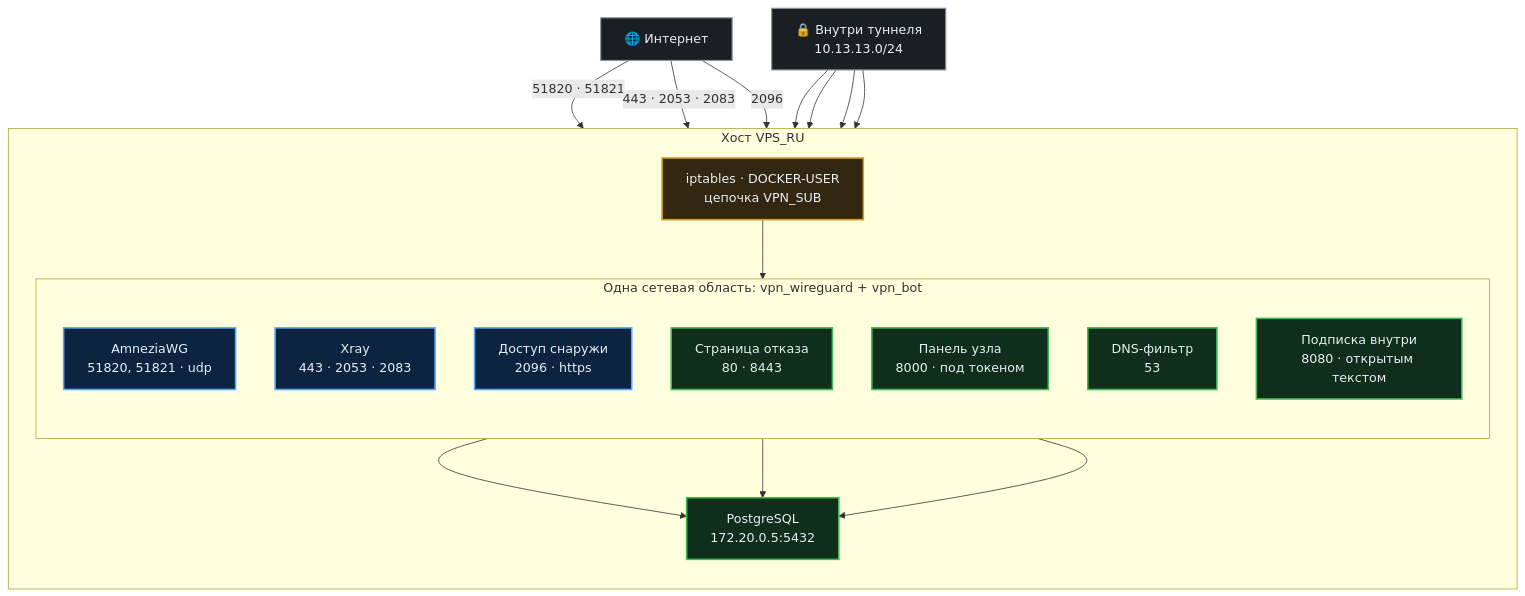
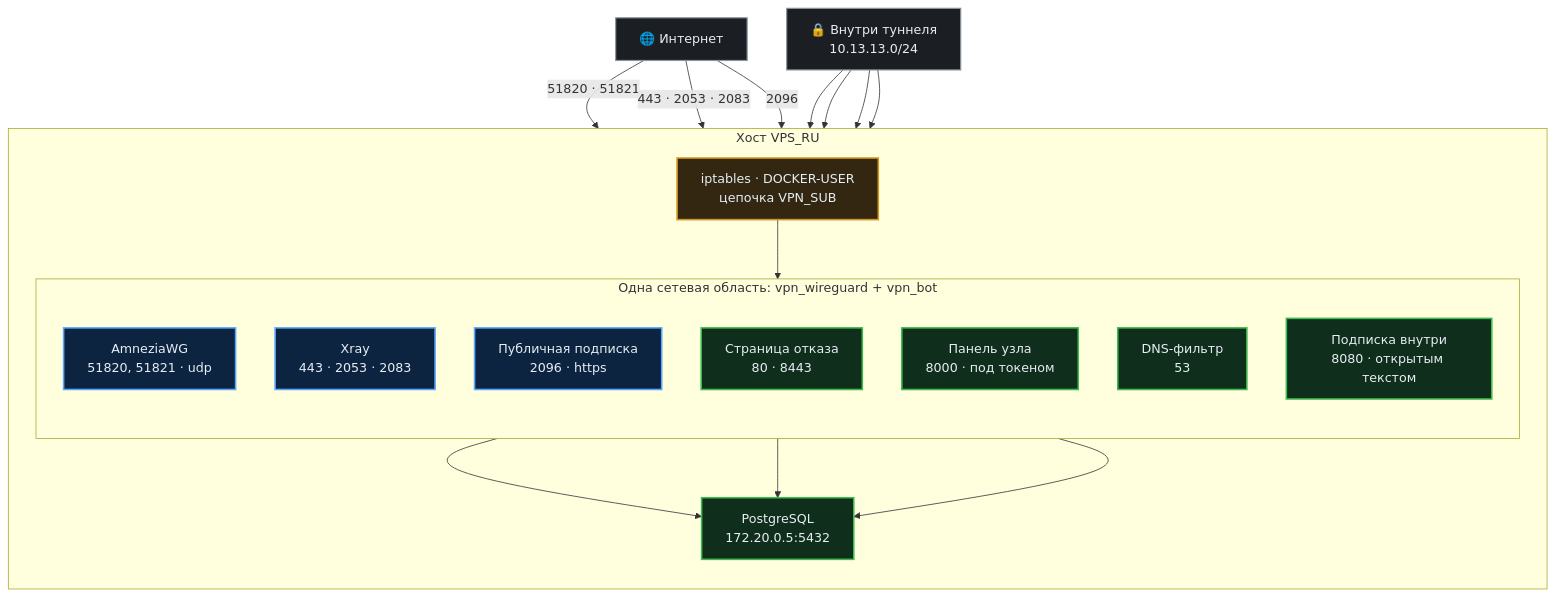
Before and after one commit to AnDyQnn/vpn_awg_2_VPS_pub: the first of 4 diagrams in docs/ports.md, drawn with Mermaid. The commit also changed other lines of this file and 5 other files, not shown here.

First line of the commit message:
8.56.0-beta: «доступ снаружи» стал публичной подпиской

````diff
--- a/docs/ports.md
+++ b/docs/ports.md
@@ -59,44 +59,44 @@
 ```mermaid
 flowchart TB
     NET["🌐 Интернет"]
 
     subgraph HOST["Хост VPS_RU"]
         direction TB
         subgraph NS["Одна сетевая область: vpn_wireguard + vpn_bot"]
             direction TB
             AWG["AmneziaWG<br/>51820, 51821 · udp"]
             XRAY["Xray<br/>443 · 2053 · 2083"]
-            SUBOUT["Доступ снаружи<br/>2096 · https"]
+            SUBOUT["Публичная подписка<br/>2096 · https"]
             PAGE["Страница отказа<br/>80 · 8443"]
             API["Панель узла<br/>8000 · под токеном"]
             DNSF["DNS-фильтр<br/>53"]
             SUBIN["Подписка внутри<br/>8080 · открытым текстом"]
         end
         DB["PostgreSQL<br/>172.20.0.5:5432"]
         FW["iptables · DOCKER-USER<br/>цепочка VPN_SUB"]
     end
 
     TUN["🔒 Внутри туннеля<br/>10.13.13.0/24"]
 
     NET -->|"51820 · 51821"| AWG
     NET -->|"443 · 2053 · 2083"| XRAY
     NET -->|"2096"| FW
     FW --> SUBOUT
     TUN --> PAGE
     TUN --> API
     TUN --> DNSF
     TUN --> SUBIN
     API --> DB
     SUBIN --> DB
     SUBOUT --> DB
 
     classDef pub  fill:#0d2440,stroke:#58a6ff,stroke-width:2px,color:#e6edf3
     classDef priv fill:#0f2e1c,stroke:#3fb950,stroke-width:2px,color:#e6edf3
     classDef guard fill:#332711,stroke:#d29922,stroke-width:2px,color:#e6edf3
     classDef out  fill:#1b1f24,stroke:#8b949e,stroke-width:1.5px,color:#e6edf3
 
     class AWG,XRAY,SUBOUT pub
     class PAGE,API,DNSF,SUBIN,DB priv
     class FW guard
     class NET,TUN out
 ```
````
